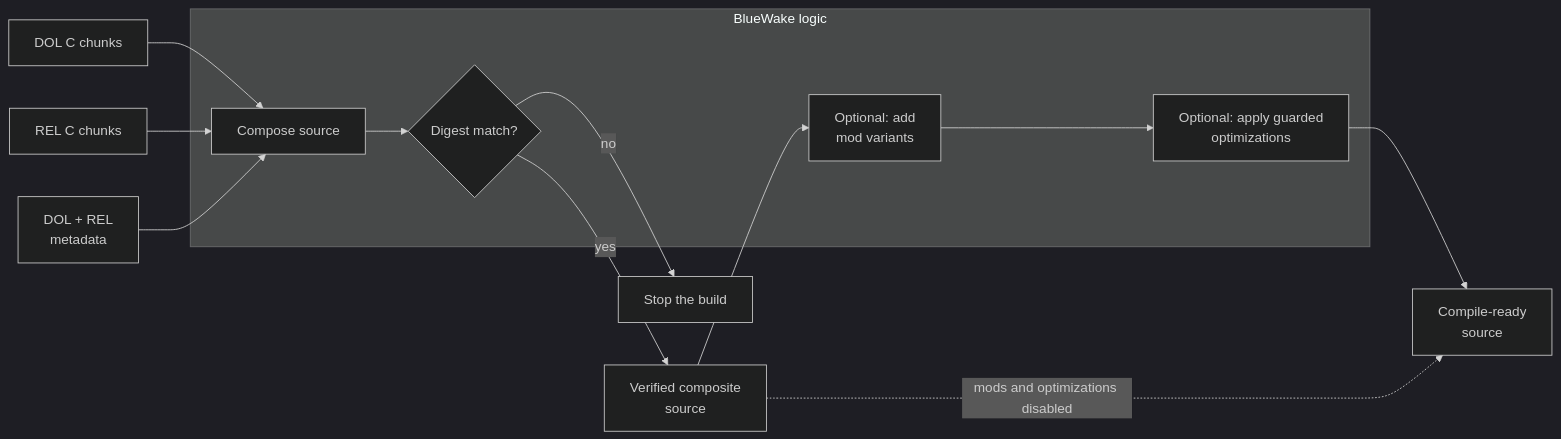
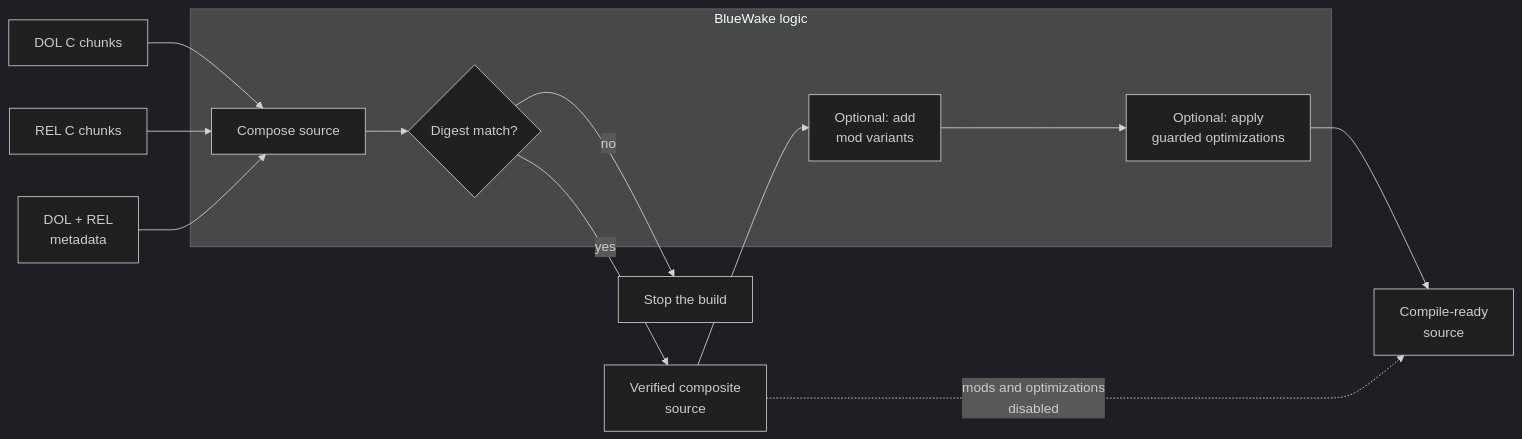
One commit to Aelbannan/boat_of_daphnes changed the eighth of 10 diagrams in docs/architecture/Build.md. Above: the diagram before and after it, drawn with Mermaid (dark theme). The commit also changed other lines of this file and 7 other files, not shown here.

Commit message:
Wrap Mermaid diagram labels

````diff
--- a/docs/architecture/Build.md
+++ b/docs/architecture/Build.md
@@ -437,25 +437,25 @@
 ```mermaid
 flowchart LR
     DolC["DOL C chunks"]
     RelC["REL C chunks"]
     Binaries["DOL + REL<br/>metadata"]
     Base["Verified composite<br/>source"]
     Ready["Compile-ready<br/>source"]
     Stop["Stop the build"]
 
     subgraph BlueWake["BlueWake logic"]
         Generate["Compose source"]
         Verify{"Digest match?"}
         Variants["Optional: add<br/>mod variants"]
-        Prepare["Optional: apply guarded<br/>optimizations"]
+        Prepare["Optional: apply<br/>guarded optimizations"]
     end
 
     DolC --> Generate
     RelC --> Generate
     Binaries --> Generate
     Generate --> Verify
     Verify -->|yes| Base
     Verify -->|no| Stop
     Base --> Variants --> Prepare --> Ready
-    Base -. "mods and optimizations disabled" .-> Ready
+    Base -. "mods and optimizations<br/>disabled" .-> Ready
 ```
````
